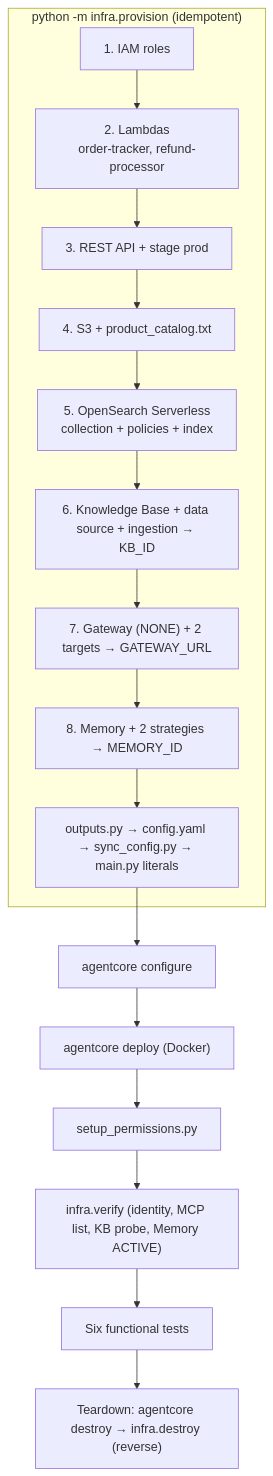
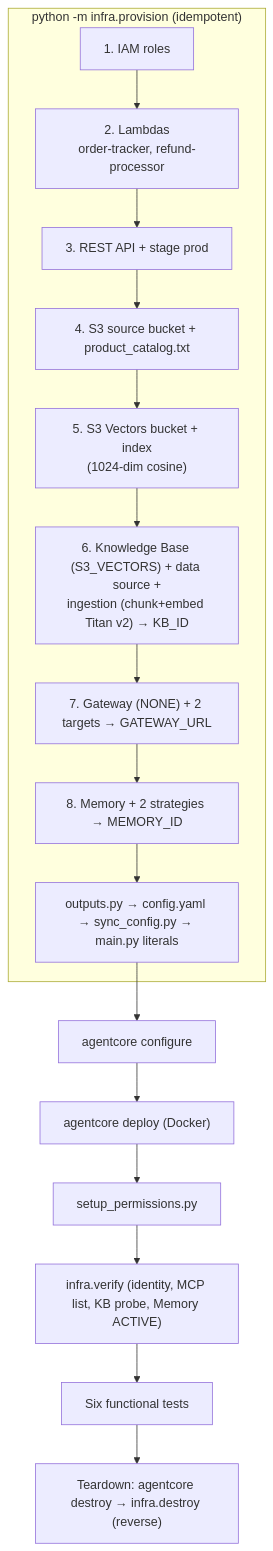
The sixth of 7 diagrams in docs/ARCHITECTURE.md (guigasque/aws-agentcore-bedrock-strands-sdk), drawn with Mermaid before and after one commit. The commit also changed other lines of this file and 18 other files, not shown here.

Commit message:
feat(todo6,infra): KB search tool + S3-Vectors knowledge base (RAG working, T3 passes)

````diff
--- a/docs/ARCHITECTURE.md
+++ b/docs/ARCHITECTURE.md
@@ -137,19 +160,19 @@
 ```mermaid
 flowchart TD
     subgraph prov["python -m infra.provision (idempotent)"]
         i1["1. IAM roles"] --> i2["2. Lambdas<br/>order-tracker, refund-processor"]
         i2 --> i3["3. REST API + stage prod"]
-        i3 --> i4["4. S3 + product_catalog.txt"]
-        i4 --> i5["5. OpenSearch Serverless<br/>collection + policies + index"]
-        i5 --> i6["6. Knowledge Base + data source + ingestion → KB_ID"]
+        i3 --> i4["4. S3 source bucket + product_catalog.txt"]
+        i4 --> i5["5. S3 Vectors bucket + index<br/>(1024-dim cosine)"]
+        i5 --> i6["6. Knowledge Base (S3_VECTORS) + data source +<br/>ingestion (chunk+embed Titan v2) → KB_ID"]
         i6 --> i7["7. Gateway (NONE) + 2 targets → GATEWAY_URL"]
         i7 --> i8["8. Memory + 2 strategies → MEMORY_ID"]
         i8 --> i9["outputs.py → config.yaml → sync_config.py → main.py literals"]
     end
     i9 --> d1["agentcore configure"]
     d1 --> d2["agentcore deploy (Docker)"]
     d2 --> d3["setup_permissions.py"]
     d3 --> d4["infra.verify (identity, MCP list, KB probe, Memory ACTIVE)"]
     d4 --> tests["Six functional tests"]
     tests --> td["Teardown: agentcore destroy → infra.destroy (reverse)"]
 ```
````
